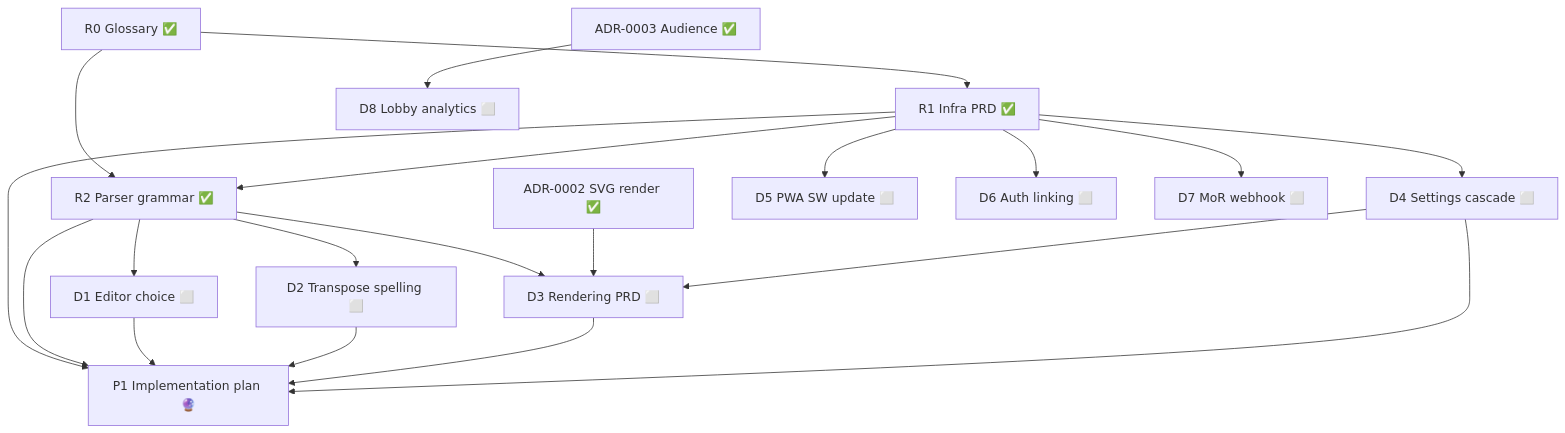
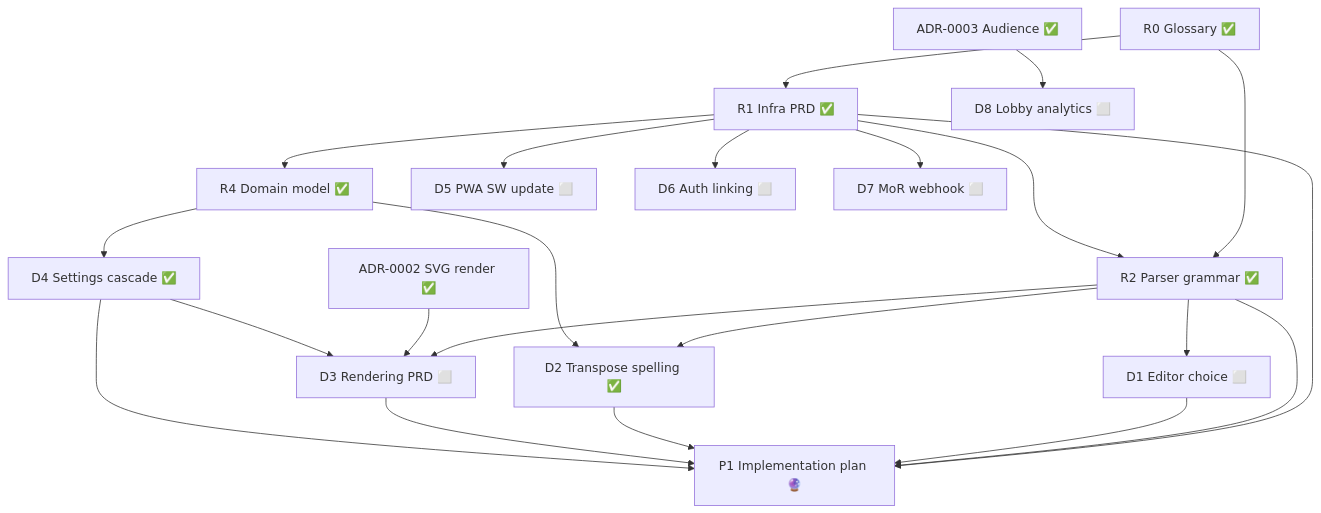
The diagram in docs/PRD.md (DcNiemandd/achordeon), drawn with Mermaid before and after one commit. The commit also changed other lines of this file and 5 other files, not shown here.

````diff
--- a/docs/PRD.md
+++ b/docs/PRD.md
@@ -69,30 +91,32 @@
 ```mermaid
 graph TD
   R0[R0 Glossary ✅]
   R1[R1 Infra PRD ✅]
   R2[R2 Parser grammar ✅]
   A2[ADR-0002 SVG render ✅]
   A3[ADR-0003 Audience ✅]
 
   R0 --> R1
   R0 --> R2
   R1 --> R2
 
   R2 --> D1[D1 Editor choice ⬜]
-  R2 --> D2[D2 Transpose spelling ⬜]
+  R2 --> D2[D2 Transpose spelling ✅]
+  R4 --> D2
   R2 --> D3[D3 Rendering PRD ⬜]
   A2 --> D3
-  R1 --> D4[D4 Settings cascade ⬜]
+  R1 --> R4[R4 Domain model ✅]
+  R4 --> D4[D4 Settings cascade ✅]
   D4 --> D3
   R1 --> D5[D5 PWA SW update ⬜]
   R1 --> D6[D6 Auth linking ⬜]
   R1 --> D7[D7 MoR webhook ⬜]
   A3 --> D8[D8 Lobby analytics ⬜]
 
   R1 --> P1[P1 Implementation plan 🔮]
   R2 --> P1
   D1 --> P1
   D2 --> P1
   D3 --> P1
   D4 --> P1
 ```
````
